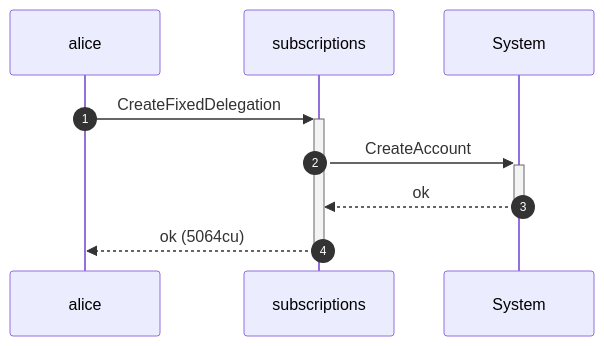
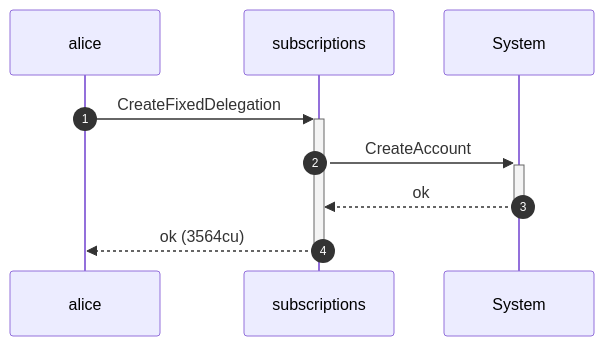
The sixth of 8 diagrams in dsl_tests/revoke-abandoned-rejects-a-live-delegation.md (cds-rs/subscriptions), drawn with Mermaid before and after one commit. The commit also changed other lines of this file and 224 other files, not shown here.

````diff
--- a/dsl_tests/revoke-abandoned-rejects-a-live-delegation.md
+++ b/dsl_tests/revoke-abandoned-rejects-a-live-delegation.md
@@ -117,11 +123,11 @@
 ```mermaid
 sequenceDiagram
     autonumber
     participant alice
     participant subscriptions
     participant System
     alice ->>+ subscriptions: CreateFixedDelegation
     subscriptions ->>+ System: CreateAccount
     System -->>- subscriptions: ok
-    subscriptions -->>- alice: ok (5064cu)
+    subscriptions -->>- alice: ok (3564cu)
 ```
````
